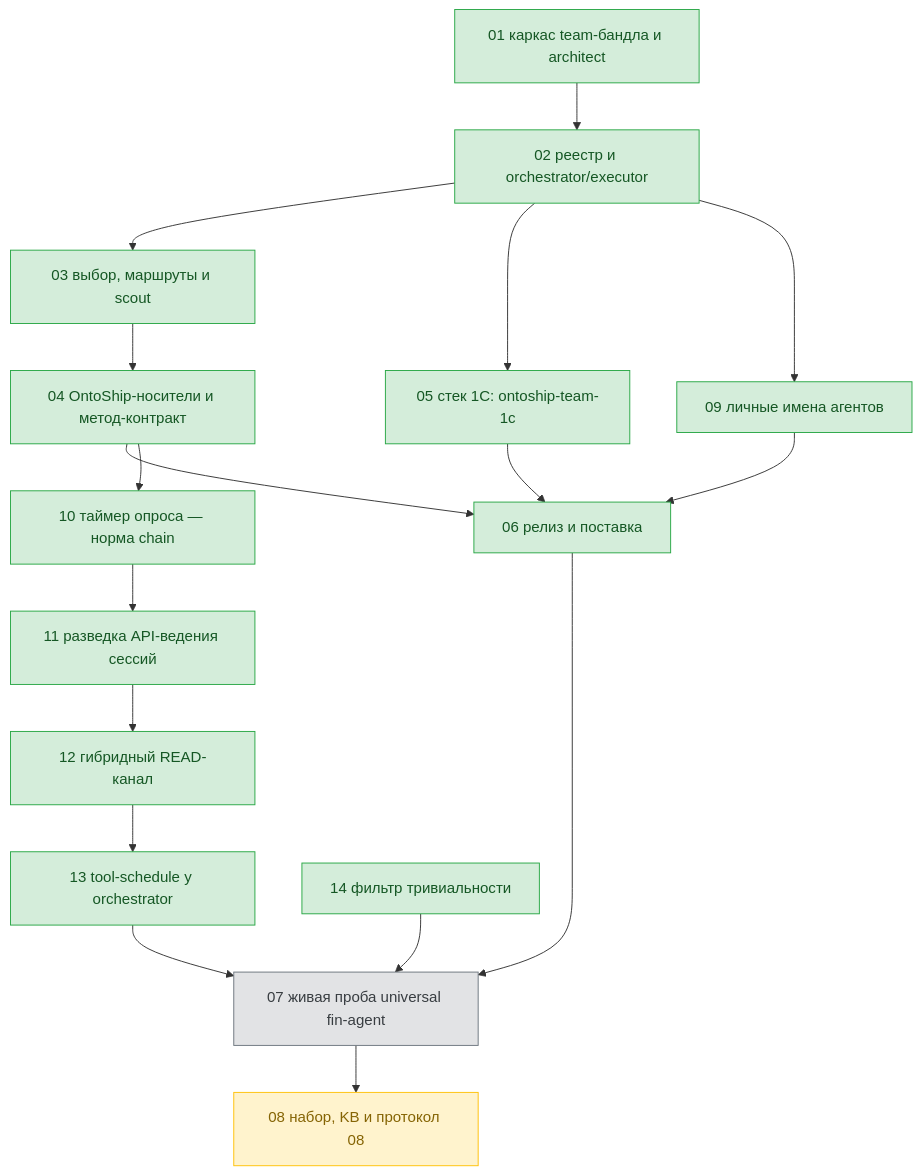
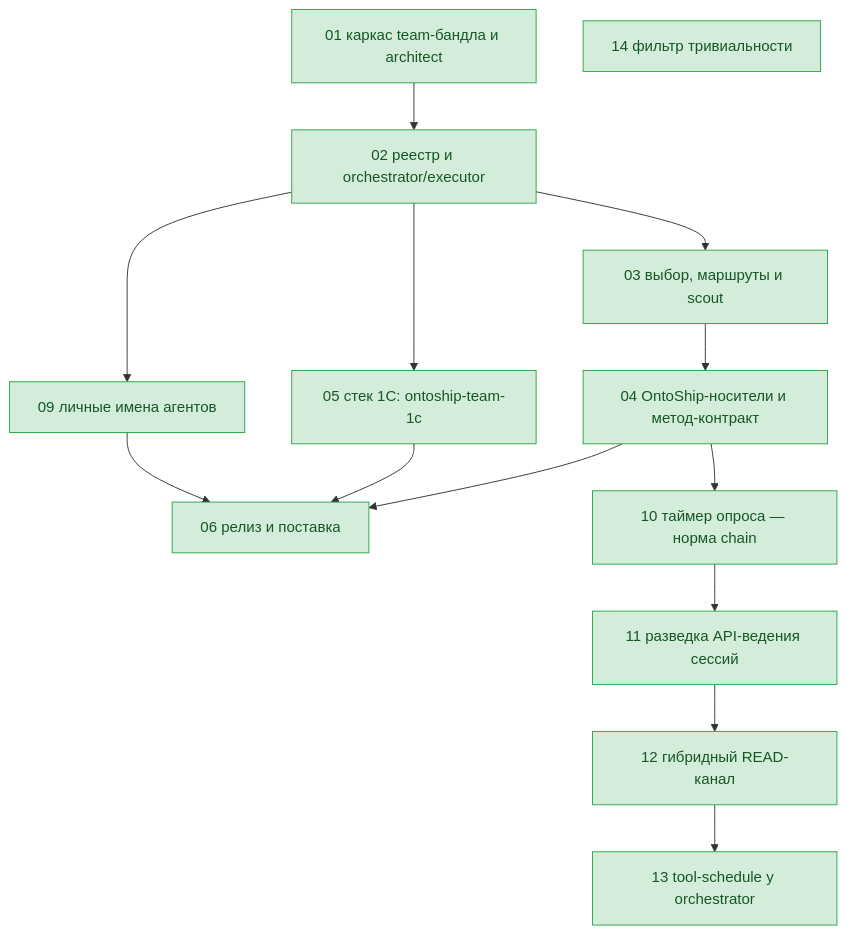
The diagram in tickets/team-profiles/dag.md (ntin60775/ontoship-ntin), drawn with Mermaid before and after one commit. The commit also changed other lines of this file and 36 other files, not shown here.

````diff
--- a/tickets/team-profiles/dag.md
+++ b/tickets/team-profiles/dag.md
@@ -11,43 +17,35 @@
 ```mermaid
 flowchart TD
   T01["01 каркас team-бандла и architect"]
   T02["02 реестр и orchestrator/executor"]
   T03["03 выбор, маршруты и scout"]
   T04["04 OntoShip-носители и метод-контракт"]
   T05["05 стек 1C: ontoship-team-1c"]
   T06["06 релиз и поставка"]
-  T07["07 живая проба universal fin-agent"]
-  T08["08 набор, KB и протокол 08"]
   T09["09 личные имена агентов"]
   T10["10 таймер опроса — норма chain"]
   T11["11 разведка API-ведения сессий"]
   T12["12 гибридный READ-канал"]
   T13["13 tool-schedule у orchestrator"]
   T14["14 фильтр тривиальности"]
 
   T01 --> T02
   T02 --> T03
   T02 --> T05
   T02 --> T09
   T03 --> T04
   T04 --> T06
   T04 --> T10
   T05 --> T06
   T09 --> T06
-  T06 --> T07
   T10 --> T11
   T11 --> T12
   T12 --> T13
-  T13 --> T07
-  T14 --> T07
-  T07 --> T08
 
   classDef done fill:#d4edda,stroke:#28a745,color:#155724;
   classDef running fill:#cce5ff,stroke:#007bff,color:#004085;
   classDef pending fill:#e2e3e5,stroke:#6c757d,color:#383d41;
   classDef waiting fill:#fff3cd,stroke:#ffc107,color:#856404;
 
   class T01,T02,T03,T04,T05,T06,T09,T10,T11,T12,T13,T14 done;
-  class T07 pending;
-  class T08 waiting;
 ```
````
